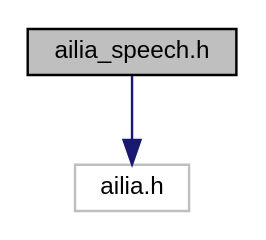
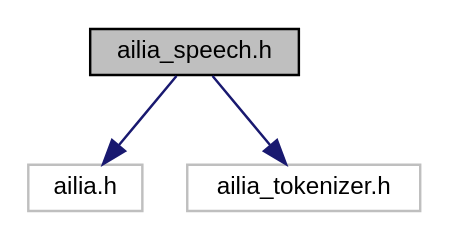
One commit to axinc-ai/ailia-sdk changed the diagram in supplemental/speech/cpp/jp/ailia__speech_8h__incl.dot. Above: the diagram before and after it, drawn with Graphviz. The commit also changed 335 other files, not shown here.

Commit message:
Update ailia speech document

```diff
--- a/supplemental/speech/cpp/jp/ailia__speech_8h__incl.dot
+++ b/supplemental/speech/cpp/jp/ailia__speech_8h__incl.dot
@@ -1,8 +1,11 @@
 digraph "ailia_speech.h"
 {
+ // LATEX_PDF_SIZE
   edge [fontname="Helvetica",fontsize="10",labelfontname="Helvetica",labelfontsize="10"];
   node [fontname="Helvetica",fontsize="10",shape=record];
-  Node0 [label="ailia_speech.h",height=0.2,width=0.4,color="black", fillcolor="grey75", style="filled", fontcolor="black"];
-  Node0 -> Node1 [color="midnightblue",fontsize="10",style="solid",fontname="Helvetica"];
-  Node1 [label="ailia.h",height=0.2,width=0.4,color="grey75", fillcolor="white", style="filled"];
+  Node1 [label="ailia_speech.h",height=0.2,width=0.4,color="black", fillcolor="grey75", style="filled", fontcolor="black",tooltip="ailia Speech AI音声認識 ライブラリ"];
+  Node1 -> Node2 [color="midnightblue",fontsize="10",style="solid",fontname="Helvetica"];
+  Node2 [label="ailia.h",height=0.2,width=0.4,color="grey75", fillcolor="white", style="filled",tooltip=" "];
+  Node1 -> Node3 [color="midnightblue",fontsize="10",style="solid",fontname="Helvetica"];
+  Node3 [label="ailia_tokenizer.h",height=0.2,width=0.4,color="grey75", fillcolor="white", style="filled",tooltip=" "];
 }
```
